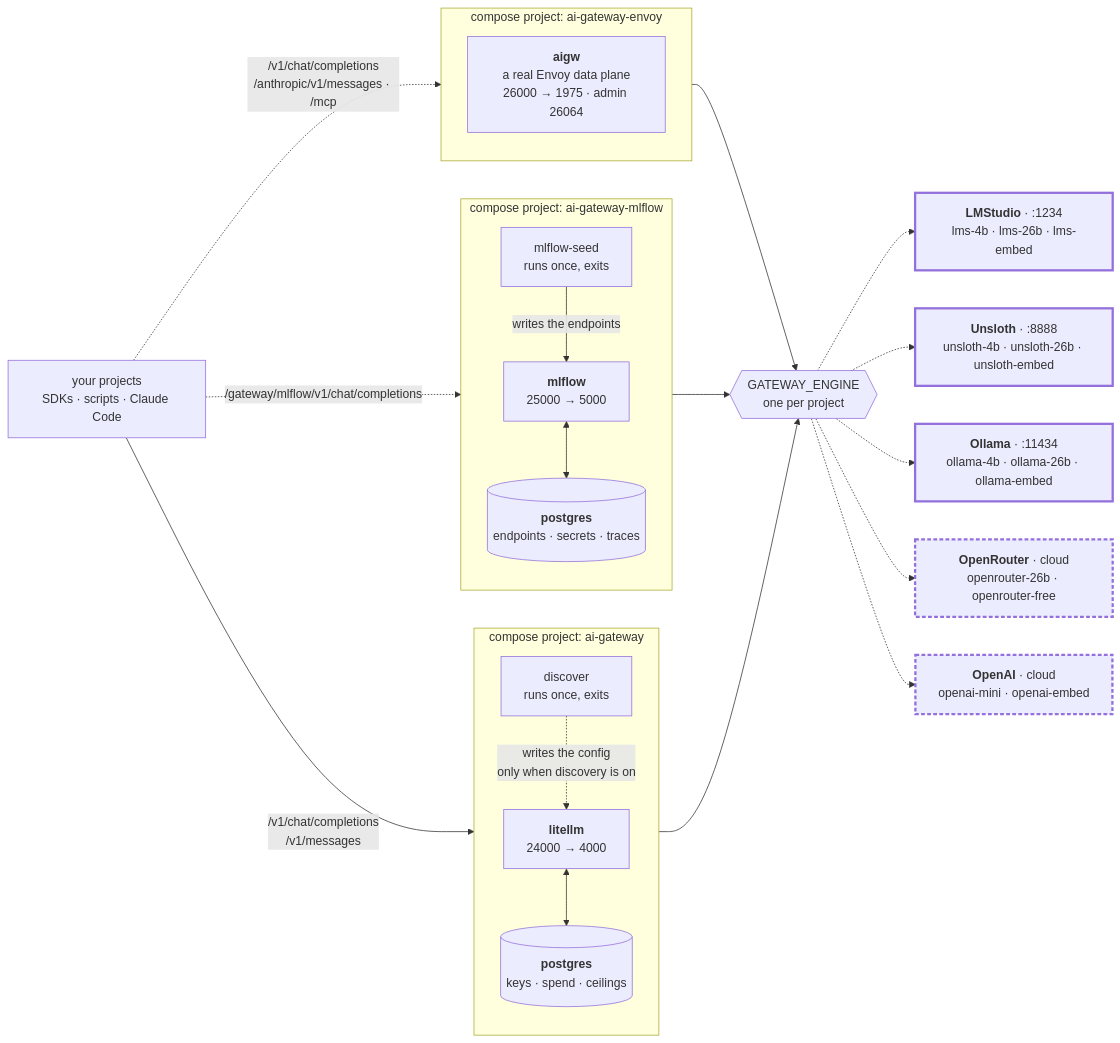
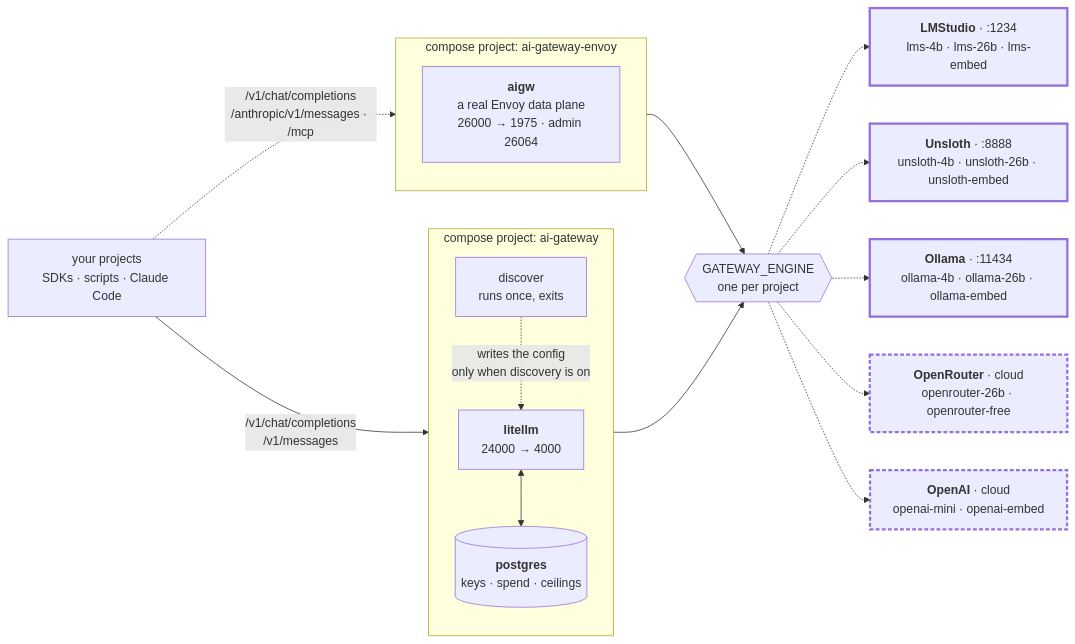
Before and after one commit to lukaskellerstein/ai-gateway: the diagram in README.md, drawn with Mermaid. The commit also changed other lines of this file and 212 other files, not shown here.

````diff
--- a/README.md
+++ b/README.md
@@ -55,49 +78,38 @@
 ```mermaid
 flowchart LR
     callers["your projects<br/>SDKs · scripts · Claude Code"]
 
     subgraph p1["compose project: ai-gateway"]
         direction TB
         litellm["<b>litellm</b><br/>24000 → 4000"]
         disc["discover<br/>runs once, exits"]
         pg1[("<b>postgres</b><br/>keys · spend · ceilings")]
         litellm <--> pg1
         disc -.->|"writes the config<br/>only when discovery is on"| litellm
     end
 
-    subgraph p2["compose project: ai-gateway-mlflow"]
-        direction TB
-        mlf["<b>mlflow</b><br/>25000 → 5000"]
-        seed["mlflow-seed<br/>runs once, exits"]
-        pg2[("<b>postgres</b><br/>endpoints · secrets · traces")]
-        mlf <--> pg2
-        seed -->|"writes the endpoints"| mlf
-    end
-
-    subgraph p3["compose project: ai-gateway-envoy"]
+    subgraph p2["compose project: ai-gateway-envoy"]
         direction TB
         env["<b>aigw</b><br/>a real Envoy data plane<br/>26000 → 1975 · admin 26064"]
     end
 
     engine{{"GATEWAY_ENGINE<br/>one per project"}}
 
     lms["<b>LMStudio</b> · :1234<br/>lms-4b · lms-26b · lms-embed"]
     uns["<b>Unsloth</b> · :8888<br/>unsloth-4b · unsloth-26b · unsloth-embed"]
     oll["<b>Ollama</b> · :11434<br/>ollama-4b · ollama-26b · ollama-embed"]
     orr["<b>OpenRouter</b> · cloud<br/>openrouter-26b · openrouter-free"]
     oai["<b>OpenAI</b> · cloud<br/>openai-mini · openai-embed"]
 
     callers -->|"/v1/chat/completions<br/>/v1/messages"| litellm
-    callers -.->|"/gateway/mlflow/v1/chat/completions"| mlf
     callers -.->|"/v1/chat/completions<br/>/anthropic/v1/messages · /mcp"| env
     litellm --> engine
-    mlf --> engine
     env --> engine
     engine -.-> lms & uns & oll
     engine -.-> orr & oai
 
     classDef onhost stroke-width:3px
     classDef paid stroke-width:3px,stroke-dasharray: 5 3
     class lms,uns,oll onhost
     class orr,oai paid
 ```
````
